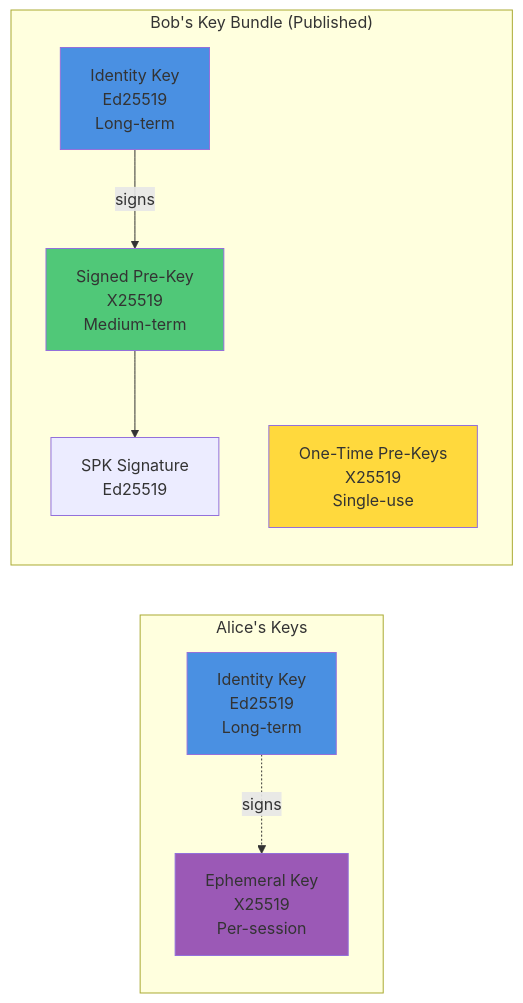
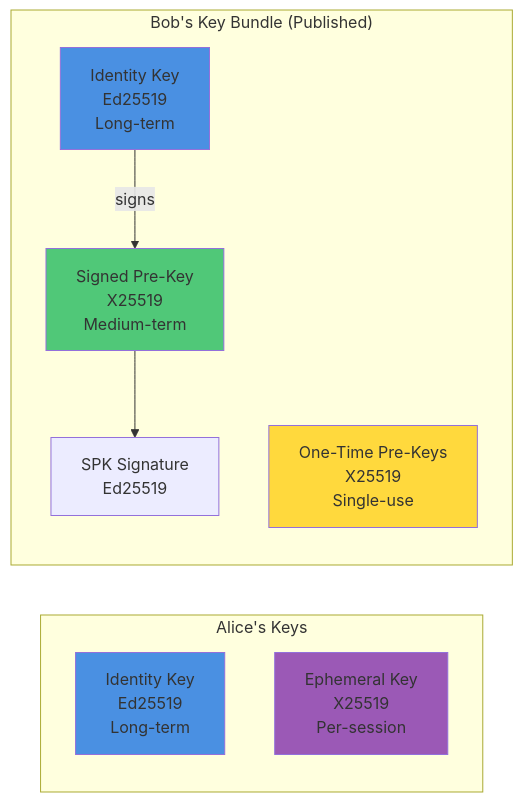
Before and after one commit to guardyn/guardyn: the second of 17 diagrams in docs/ENCRYPTION_ARCHITECTURE.md, drawn with Mermaid. The commit also changed other lines of this file and 2 other files, not shown here.

````diff
--- a/docs/ENCRYPTION_ARCHITECTURE.md
+++ b/docs/ENCRYPTION_ARCHITECTURE.md
@@ -90,24 +90,25 @@
 ```mermaid
 graph LR
     subgraph "Alice's Keys"
         A_IK[Identity Key<br/>Ed25519<br/>Long-term]
         A_EK[Ephemeral Key<br/>X25519<br/>Per-session]
     end
 
     subgraph "Bob's Key Bundle (Published)"
         B_IK[Identity Key<br/>Ed25519<br/>Long-term]
         B_SPK[Signed Pre-Key<br/>X25519<br/>Medium-term]
         B_SPK_Sig[SPK Signature<br/>Ed25519]
         B_OPK[One-Time Pre-Keys<br/>X25519<br/>Single-use]
     end
 
-    A_IK -.->|signs| A_EK
+    %% Note: Ephemeral Key (A_EK) is NOT signed - it's generated per-session
+    %% Only Bob's Signed Pre-Key is signed by his Identity Key
     B_IK -->|signs| B_SPK
     B_SPK --> B_SPK_Sig
 
     style A_IK fill:#4A90E2
     style B_IK fill:#4A90E2
     style A_EK fill:#9B59B6
     style B_SPK fill:#50C878
     style B_OPK fill:#FFD93D
 ```
````
